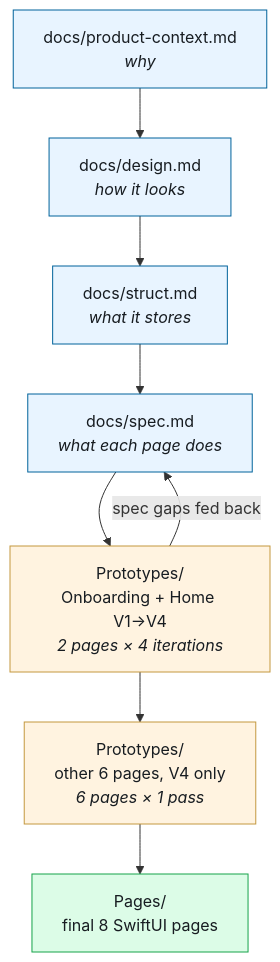
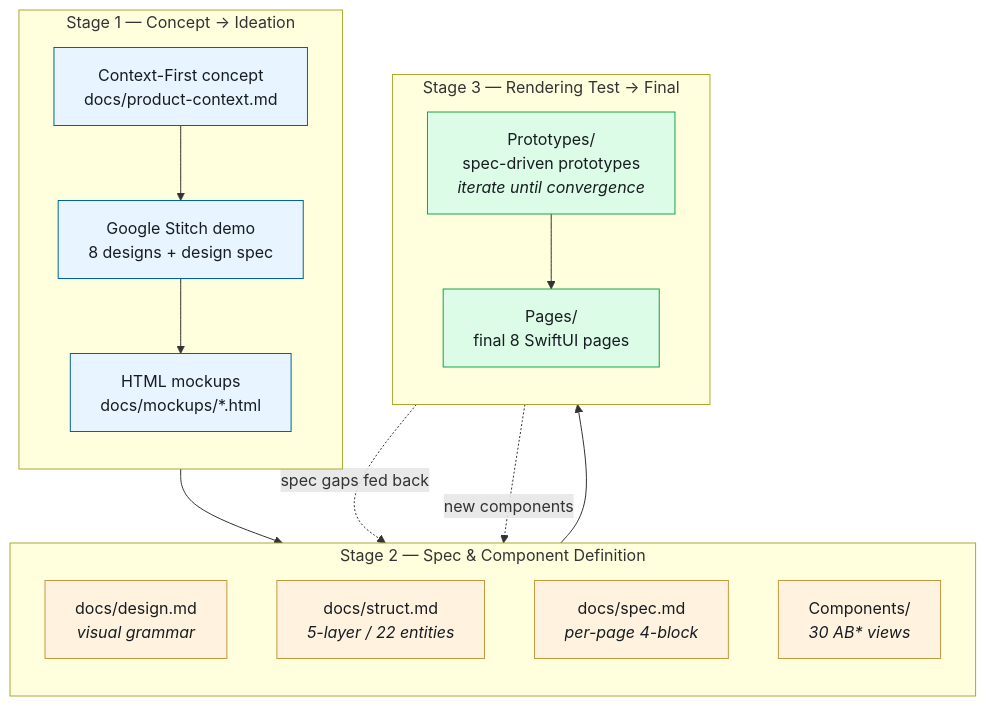
The diagram in README.md (hancyhxy/linkaroo), drawn with Mermaid before and after one commit. The commit also changed other lines of this file, not shown here.

Commit message:
docs(readme): restructure AI workflow into 3 stages, redraw mermaid
Reframes the workflow narrative around 3 stages (instead of a flat
6-step list) so the methodology shape is visible at a glance:

- Stage 1 (Concept → Ideation) — Context-First concept, Stitch
  demo, HTML mockups as a fidelity reference.
- Stage 2 (Spec & Component Definition) — design.md, struct.md,
  spec.md, and the initial 30-component library. The static
  contract.
- Stage 3 (Rendering Test → Final) — Prototypes/ pressure-tests
  the spec; gaps are fed back to design.md / spec.md / Components;
  converged prototypes graduate to Pages/.

The Mermaid diagram is rebuilt around these subgraphs and gets two
explicit dashed feedback edges (spec gaps + new components) from
Stage 3 back to Stage 2 — that loop is what makes the workflow
spec-driven rather than just spec-aligned.

Components reframed as a mindset carried through every stage:
defined initially in Stage 2 (step d), augmented during Stage 3
when prototype experiments expose missing primitives (e.g.
ABBackBar / ABPageHero / ABSectionTitle were added this way).

````diff
--- a/README.md
+++ b/README.md
@@ -99,18 +90,40 @@
 ```mermaid
 flowchart TD
-    A["docs/product-context.md<br/><i>why</i>"] --> B["docs/design.md<br/><i>how it looks</i>"]
-    B --> C["docs/struct.md<br/><i>what it stores</i>"]
-    C --> D["docs/spec.md<br/><i>what each page does</i>"]
-    D --> E["Prototypes/<br/>Onboarding + Home V1→V4<br/><i>2 pages × 4 iterations</i>"]
-    E -->|spec gaps fed back| D
-    E --> F["Prototypes/<br/>other 6 pages, V4 only<br/><i>6 pages × 1 pass</i>"]
-    F --> G["Pages/<br/>final 8 SwiftUI pages"]
+    subgraph S1 ["Stage 1 — Concept → Ideation"]
+        direction TB
+        A1["Context-First concept<br/>docs/product-context.md"]
+        A2["Google Stitch demo<br/>8 designs + design spec"]
+        A3["HTML mockups<br/>docs/mockups/*.html"]
+        A1 --> A2 --> A3
+    end
 
-    style A fill:#e8f4ff,stroke:#00639b,color:#171c21
-    style B fill:#e8f4ff,stroke:#00639b,color:#171c21
-    style C fill:#e8f4ff,stroke:#00639b,color:#171c21
-    style D fill:#e8f4ff,stroke:#00639b,color:#171c21
-    style E fill:#fff3e0,stroke:#c4983f,color:#171c21
-    style F fill:#fff3e0,stroke:#c4983f,color:#171c21
-    style G fill:#dcfce7,stroke:#16a34a,color:#171c21
+    subgraph S2 ["Stage 2 — Spec &amp; Component Definition"]
+        direction TB
+        B1["docs/design.md<br/><i>visual grammar</i>"]
+        B2["docs/struct.md<br/><i>5-layer / 22 entities</i>"]
+        B3["docs/spec.md<br/><i>per-page 4-block</i>"]
+        B4["Components/<br/><i>30 AB* views</i>"]
+    end
+
+    subgraph S3 ["Stage 3 — Rendering Test → Final"]
+        direction TB
+        C1["Prototypes/<br/>spec-driven prototypes<br/><i>iterate until convergence</i>"]
+        C2["Pages/<br/>final 8 SwiftUI pages"]
+        C1 --> C2
+    end
+
+    S1 --> S2
+    S2 --> S3
+    C1 -.->|spec gaps fed back| B3
+    C1 -.->|new components| B4
+
+    style A1 fill:#e8f4ff,stroke:#00639b,color:#171c21
+    style A2 fill:#e8f4ff,stroke:#00639b,color:#171c21
+    style A3 fill:#e8f4ff,stroke:#00639b,color:#171c21
+    style B1 fill:#fff3e0,stroke:#c4983f,color:#171c21
+    style B2 fill:#fff3e0,stroke:#c4983f,color:#171c21
+    style B3 fill:#fff3e0,stroke:#c4983f,color:#171c21
+    style B4 fill:#fff3e0,stroke:#c4983f,color:#171c21
+    style C1 fill:#dcfce7,stroke:#16a34a,color:#171c21
+    style C2 fill:#dcfce7,stroke:#16a34a,color:#171c21
 ```
````
